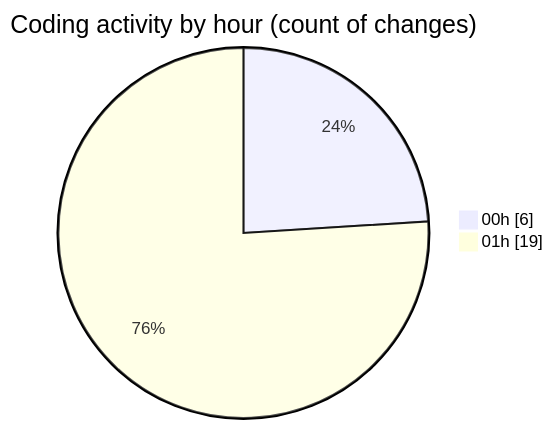
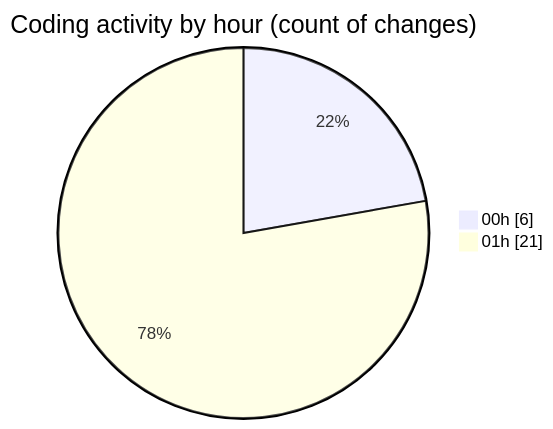
One commit to JenPaints/code-tracking changed the second of 2 diagrams in 2025-06-22/archive/README.md. Above: the diagram before and after it, drawn with Mermaid. The commit also changed other lines of this file and 1 other file, not shown here.

````diff
--- a/2025-06-22/archive/README.md
+++ b/2025-06-22/archive/README.md
@@ -34,6 +34,6 @@
 ```mermaid
 pie showData
 title Coding activity by hour (count of changes)
 "00h" : 6
-"01h" : 19
+"01h" : 21
 ```
````
